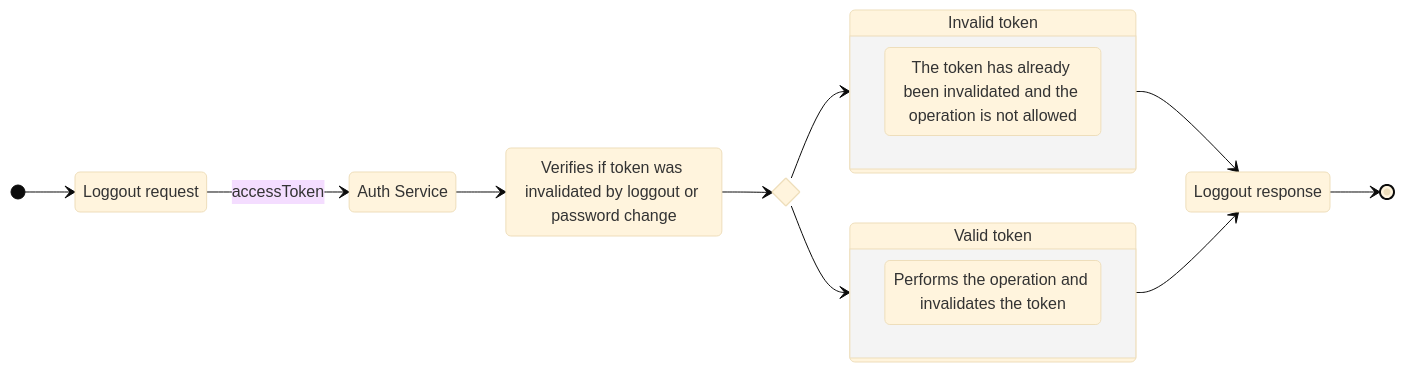
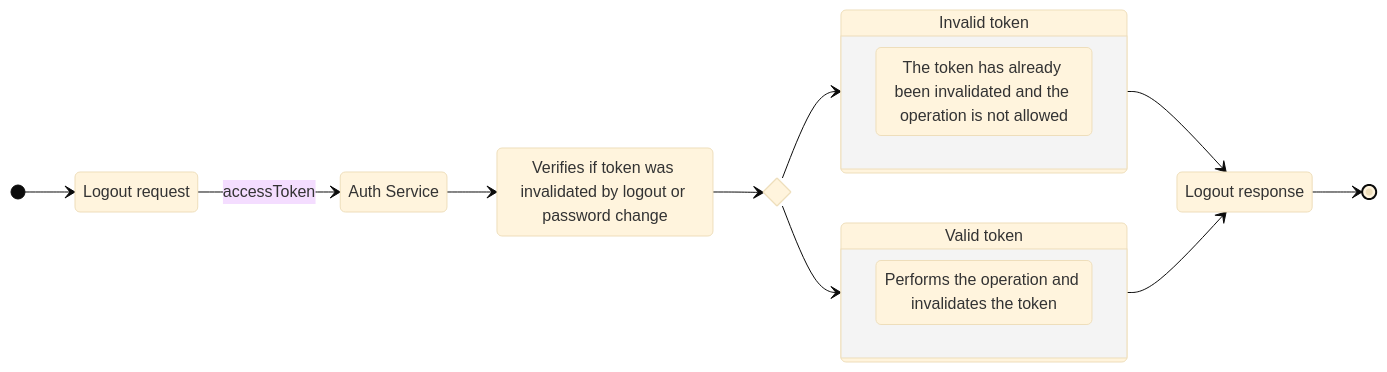
Before and after one commit to shimisnow/poc-nestjs: the second of 7 diagrams in docs/markdown/resolved-problems/authentication-flow.md, drawn with Mermaid (base theme). The commit also changed other lines of this file, not shown here.

Commit message:
docs: divide auth flow diagram in three parts to better visualization

````diff
--- a/docs/markdown/resolved-problems/authentication-flow.md
+++ b/docs/markdown/resolved-problems/authentication-flow.md
@@ -45,34 +43,34 @@
 ```mermaid
 stateDiagram-v2
 direction LR
 
-state "Loggout request" as loggout_req
-state "Loggout response" as loggout_res
+state "Logout request" as logout_req
+state "Logout response" as logout_res
 
-[*] --> loggout_req
+[*] --> logout_req
 state "Auth Service" as auth
-loggout_req --> auth: accessToken
+logout_req --> auth: accessToken
 
-state "Verifies if token was invalidated by loggout or password change" as verify
+state "Verifies if token was invalidated by logout or password change" as verify
 auth --> verify
 
 state is_valid <<choice>>
 verify --> is_valid
 
 state "Invalid token" as invalid_token {
     state "The token has already been invalidated and the operation is not allowed" as unauthorized
 }
 
 is_valid --> invalid_token
 
 state "Valid token" as valid_token {
     state "Performs the operation and invalidates the token" as invalidate
 
 }
 
 is_valid --> valid_token
 
-invalid_token --> loggout_res
-valid_token --> loggout_res
-loggout_res --> [*]
+invalid_token --> logout_res
+valid_token --> logout_res
+logout_res --> [*]
 ```
````
